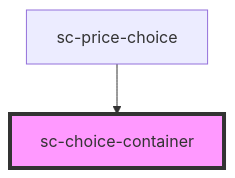
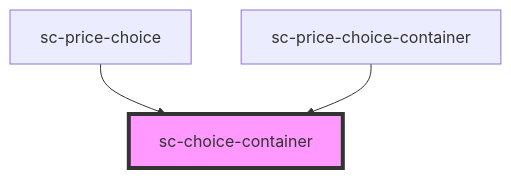
The diagram in packages/components/src/components/ui/choice-container/readme.md (surecart/surecart-wp-plugin), drawn with Mermaid before and after one commit. The commit also changed other lines of this file and 28 other files, not shown here.

````diff
--- a/packages/components/src/components/ui/choice-container/readme.md
+++ b/packages/components/src/components/ui/choice-container/readme.md
@@ -93,5 +94,6 @@
 ```mermaid
 graph TD;
   sc-price-choice --> sc-choice-container
+  sc-price-choice-container --> sc-choice-container
   style sc-choice-container fill:#f9f,stroke:#333,stroke-width:4px
 ```
````
